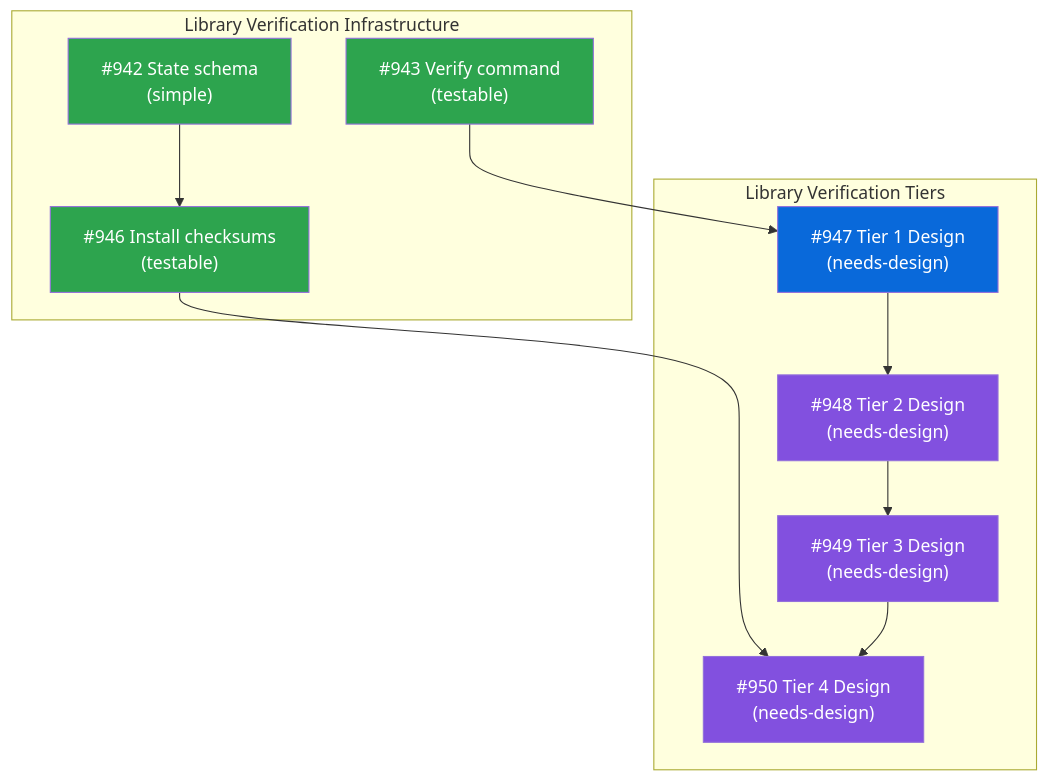
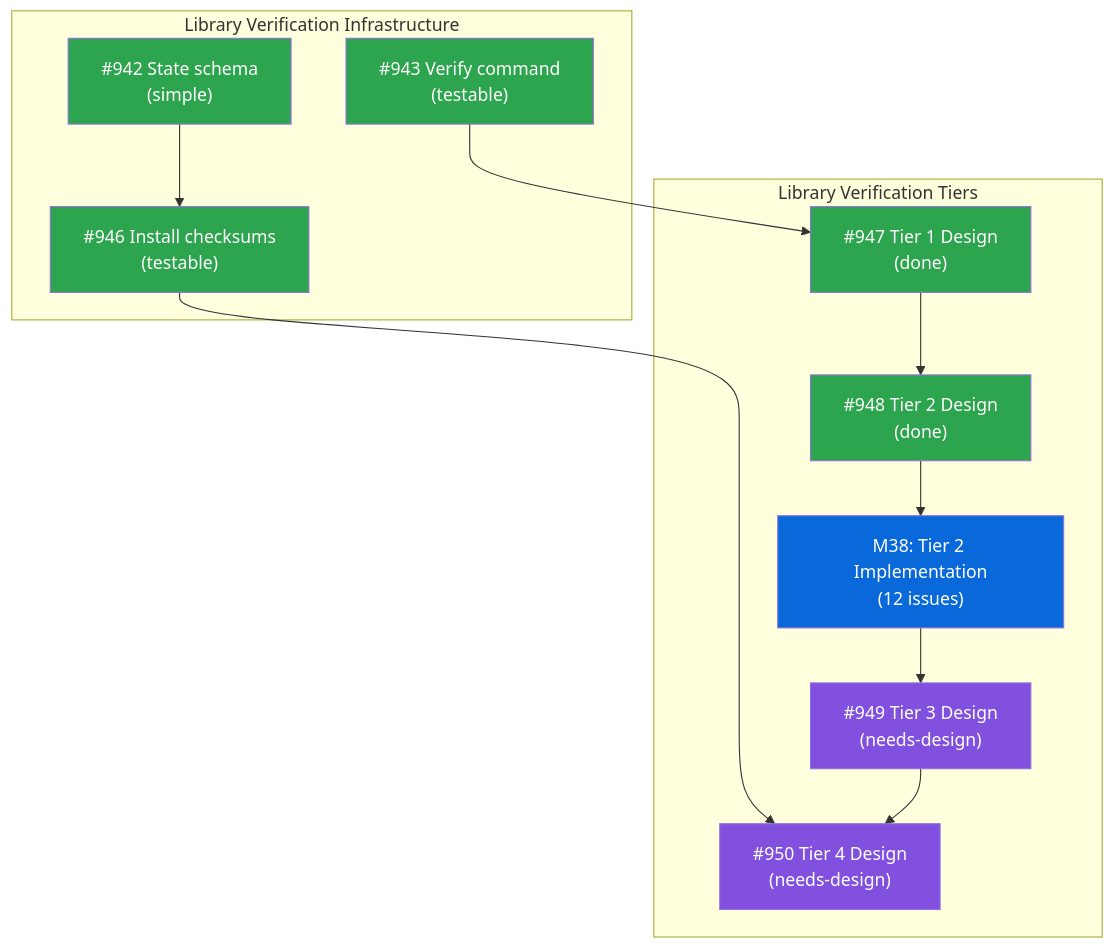
The diagram in docs/designs/DESIGN-library-verification.md (tsukumogami/tsuku), drawn with Mermaid before and after one commit. The commit also changed other lines of this file and 1 other file, not shown here.

Commit message:
docs: add design for dependency resolution (Tier 2) library verification (#966)
Add design document for Tier 2 dependency resolution in library
verification.
This enables tsuku verify to detect missing shared library dependencies
before
runtime failures by extracting DT_NEEDED entries and classifying
dependencies
as system, tsuku-managed, or externally-managed.

- Add DESIGN-library-verify-deps.md with hybrid pattern + RPATH-aware
resolution approach
- Update DESIGN-library-verification.md umbrella design to include M38
milestone
- Create 12 implementation issues in milestone "Tier 2 Dependency
Validation"

````diff
--- a/docs/designs/DESIGN-library-verification.md
+++ b/docs/designs/DESIGN-library-verification.md
@@ -17,27 +18,29 @@
 ```mermaid
 graph TD
     subgraph Infrastructure["Library Verification Infrastructure"]
         I942["#942 State schema<br/>(simple)"]:::done
         I943["#943 Verify command<br/>(testable)"]:::done
         I946["#946 Install checksums<br/>(testable)"]:::done
     end
 
     subgraph Tiers["Library Verification Tiers"]
-        I947["#947 Tier 1 Design<br/>(needs-design)"]:::ready
-        I948["#948 Tier 2 Design<br/>(needs-design)"]:::needsdesign
+        I947["#947 Tier 1 Design<br/>(done)"]:::done
+        I948["#948 Tier 2 Design<br/>(done)"]:::done
+        M38["M38: Tier 2 Implementation<br/>(12 issues)"]:::ready
         I949["#949 Tier 3 Design<br/>(needs-design)"]:::needsdesign
         I950["#950 Tier 4 Design<br/>(needs-design)"]:::needsdesign
     end
 
     I942 --> I946
     I943 --> I947
     I947 --> I948
-    I948 --> I949
+    I948 --> M38
+    M38 --> I949
     I946 --> I950
     I949 --> I950
 
     classDef done fill:#2da44e,color:white
     classDef ready fill:#0969da,color:white
     classDef blocked fill:#d4a72c,color:white
     classDef needsdesign fill:#8250df,color:white
 ```
````
